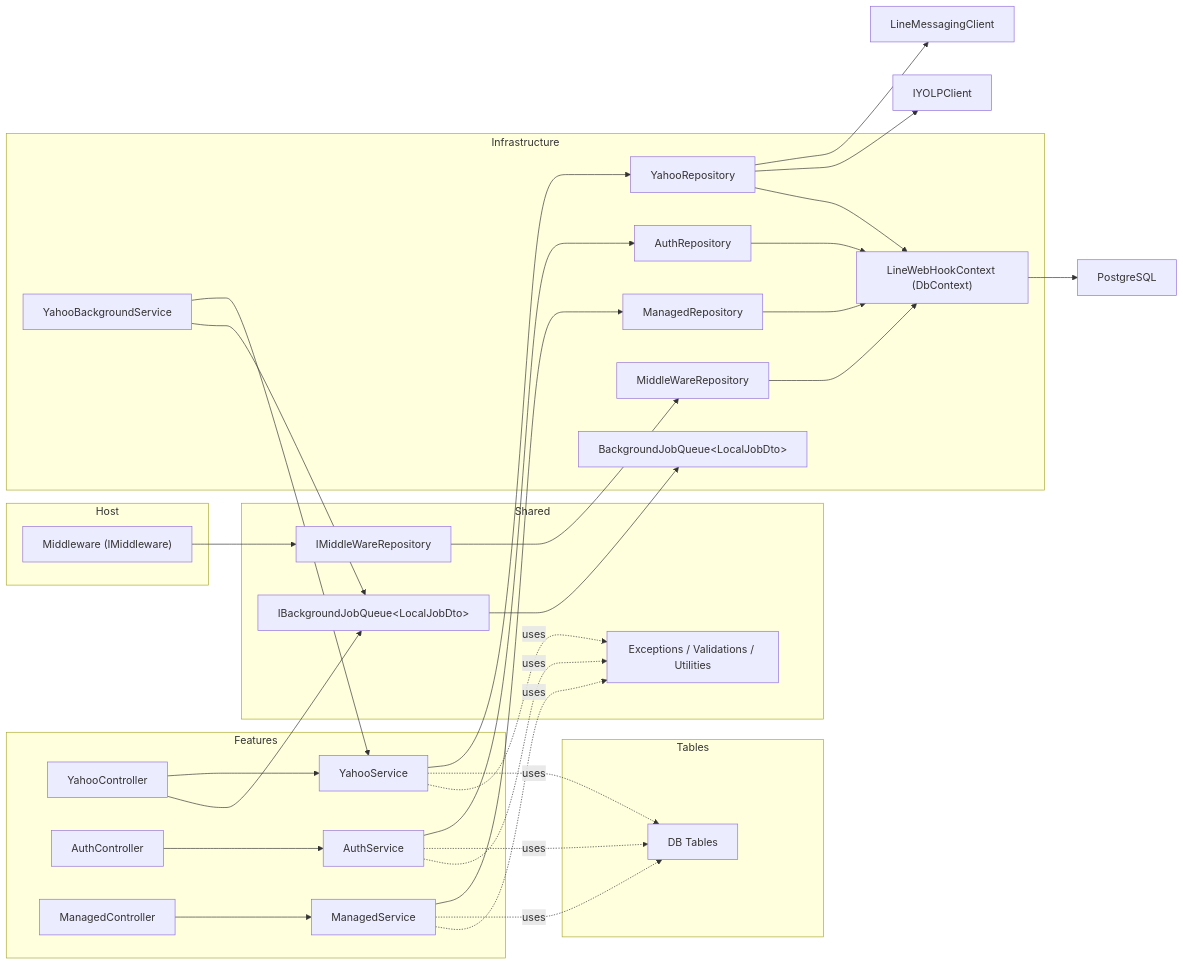
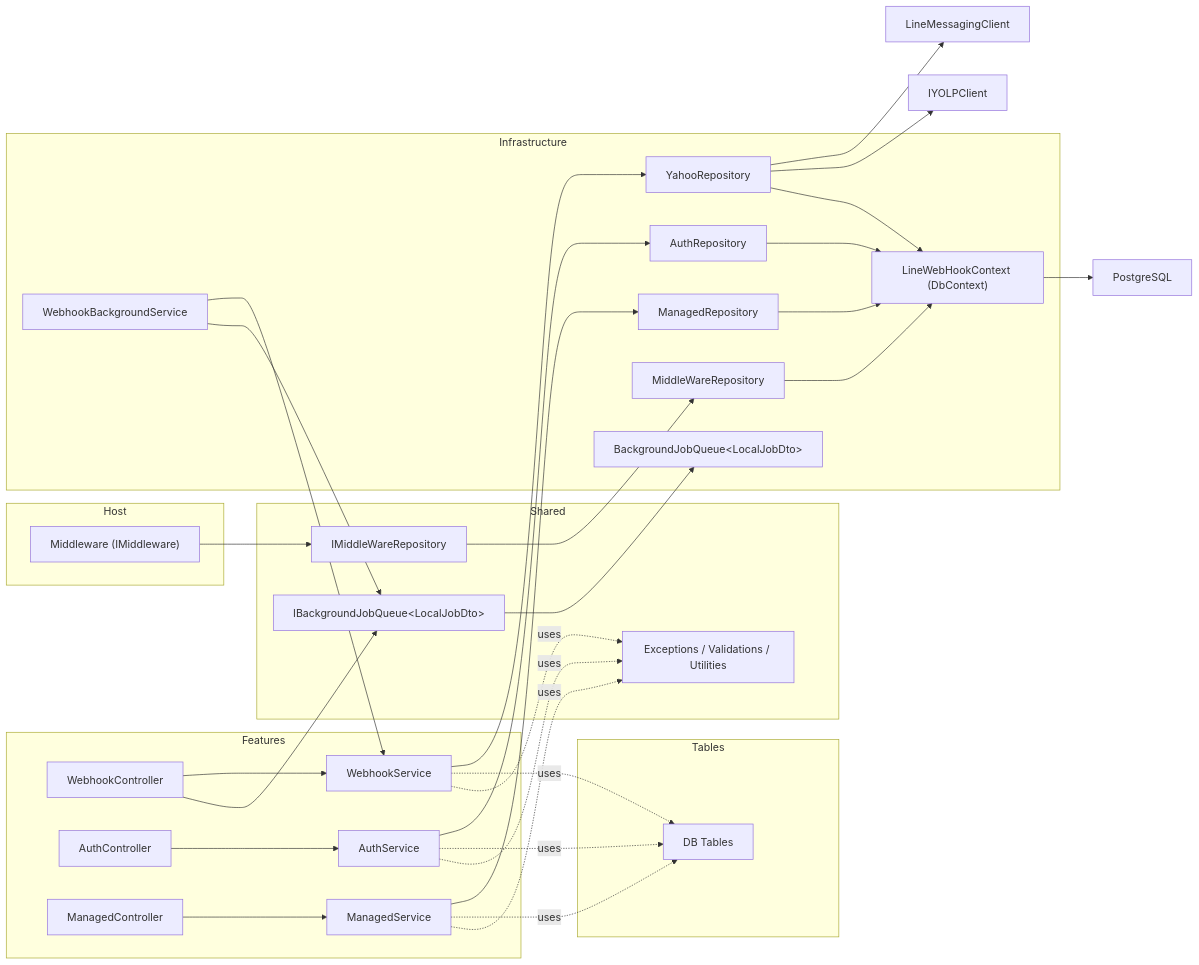
One commit to agts86/G-Searcher changed the second of 4 diagrams in Architect.md. Above: the diagram before and after it, drawn with Mermaid. The commit also changed 28 other files, not shown here.

First line of the commit message:
feat: Refactor Yahoo feature to Webhook feature

````diff
--- a/Architect.md
+++ b/Architect.md
@@ -30,64 +30,64 @@
 ```mermaid
 graph LR
     subgraph Host
       Middleware["Middleware (IMiddleware)"]
     end
 
     subgraph Features
-      YahooController["YahooController"]
-      YahooService["YahooService"]
+      WebhookController["WebhookController"]
+      WebhookService["WebhookService"]
       AuthController["AuthController"]
       AuthService["AuthService"]
       ManagedController["ManagedController"]
       ManagedService["ManagedService"]
     end
 
     subgraph Tables
       AppModels["DB Tables"]
     end
 
     subgraph Shared
       MiddlewareRepoI["IMiddleWareRepository"]
       QueueI["IBackgroundJobQueue&lt;LocalJobDto&gt;"]
       SharedComp["Exceptions / Validations / Utilities"]
     end
 
     subgraph Infrastructure
       YahooRepo["YahooRepository"]
       AuthRepo["AuthRepository"]
       ManagedRepo["ManagedRepository"]
       MiddlewareRepo["MiddleWareRepository"]
       QueueImpl["BackgroundJobQueue&lt;LocalJobDto&gt;"]
-      Bg["YahooBackgroundService"]
+      Bg["WebhookBackgroundService"]
       DbContext["LineWebHookContext (DbContext)"]
     end
 
     LineSdk["LineMessagingClient"]
     YOLP["IYOLPClient"]
     Pg["PostgreSQL"]
 
-    YahooController --> YahooService --> YahooRepo
+    WebhookController --> WebhookService --> YahooRepo
     AuthController --> AuthService --> AuthRepo
     ManagedController --> ManagedService --> ManagedRepo
     Middleware --> MiddlewareRepoI --> MiddlewareRepo
 
-    YahooController --> QueueI
-    Bg --> YahooService
+    WebhookController --> QueueI
+    Bg --> WebhookService
     Bg --> QueueI
     QueueI --> QueueImpl
 
     YahooRepo --> LineSdk
     YahooRepo --> YOLP
     YahooRepo --> DbContext
     AuthRepo --> DbContext
     ManagedRepo --> DbContext
     MiddlewareRepo --> DbContext
     DbContext --> Pg
 
-    YahooService -. uses .-> AppModels
+    WebhookService -. uses .-> AppModels
     AuthService -. uses .-> AppModels
     ManagedService -. uses .-> AppModels
-    YahooService -. uses .-> SharedComp
+    WebhookService -. uses .-> SharedComp
     AuthService -. uses .-> SharedComp
     ManagedService -. uses .-> SharedComp
 ```
````
